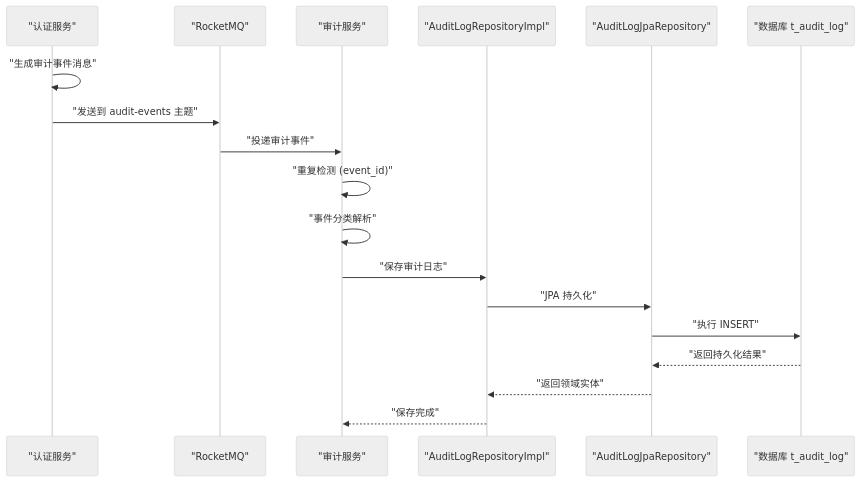
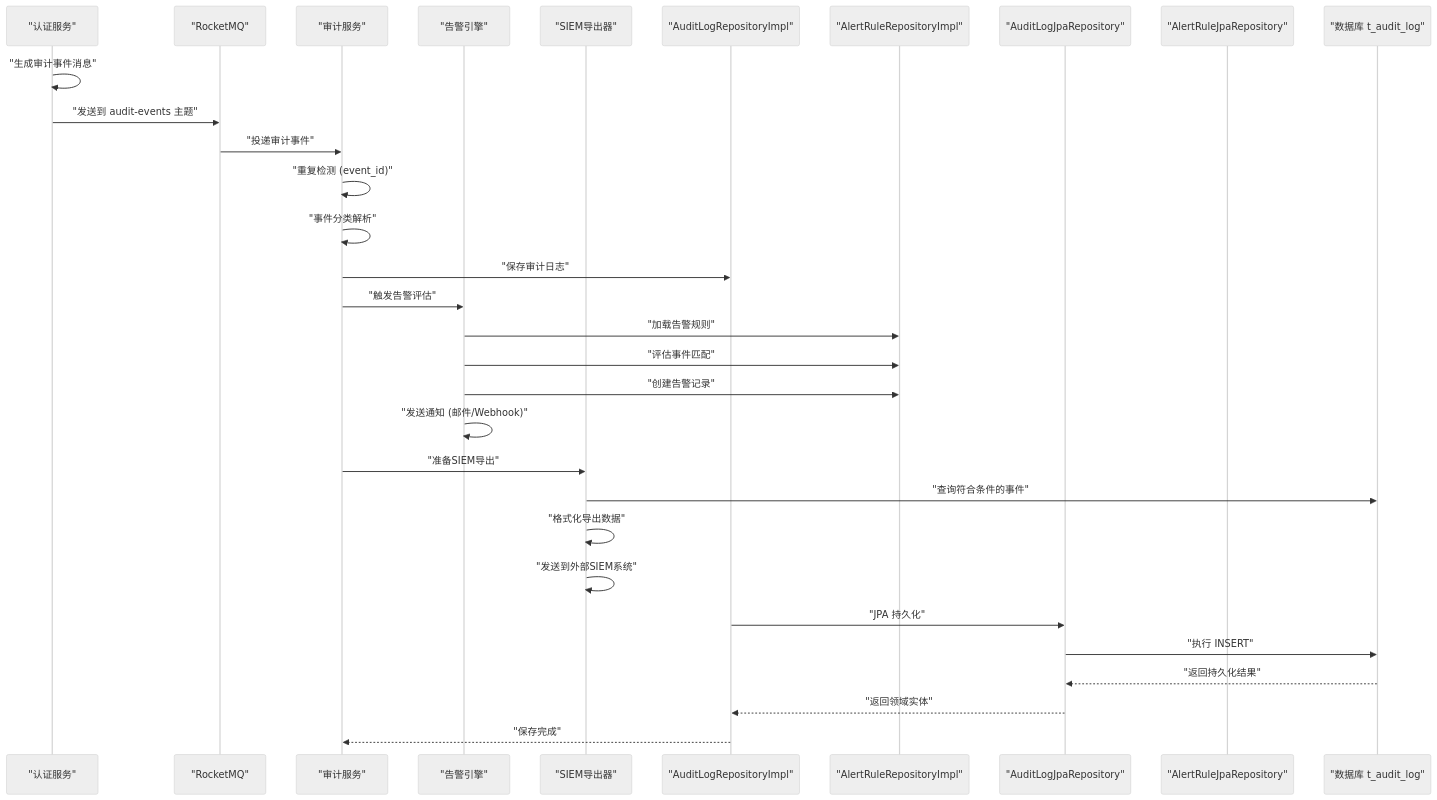
One commit to fq0121104930716/iam-platform changed the second of 12 diagrams in .qoder/repowiki/zh/content/数据库设计/数据库架构/审计日志表.md. Above: the diagram before and after it, drawn with Mermaid (neutral theme). The commit also changed other lines of this file and 46 other files, not shown here.

````diff
--- a/.qoder/repowiki/zh/content/数据库设计/数据库架构/审计日志表.md
+++ b/.qoder/repowiki/zh/content/数据库设计/数据库架构/审计日志表.md
@@ -183,20 +223,33 @@
 ```mermaid
 sequenceDiagram
 participant AuthSvc as "认证服务"
 participant MQ as "RocketMQ"
 participant AuditSvc as "审计服务"
+participant AlertEngine as "告警引擎"
+participant SIEM as "SIEM导出器"
 participant Repo as "AuditLogRepositoryImpl"
+participant AlertRepo as "AlertRuleRepositoryImpl"
 participant JRepo as "AuditLogJpaRepository"
+participant AlertJpa as "AlertRuleJpaRepository"
 participant DB as "数据库 t_audit_log"
 AuthSvc->>AuthSvc : "生成审计事件消息"
 AuthSvc->>MQ : "发送到 audit-events 主题"
 MQ->>AuditSvc : "投递审计事件"
 AuditSvc->>AuditSvc : "重复检测 (event_id)"
 AuditSvc->>AuditSvc : "事件分类解析"
 AuditSvc->>Repo : "保存审计日志"
+AuditSvc->>AlertEngine : "触发告警评估"
+AlertEngine->>AlertRepo : "加载告警规则"
+AlertEngine->>AlertRepo : "评估事件匹配"
+AlertEngine->>AlertRepo : "创建告警记录"
+AlertEngine->>AlertEngine : "发送通知 (邮件/Webhook)"
+AuditSvc->>SIEM : "准备SIEM导出"
+SIEM->>DB : "查询符合条件的事件"
+SIEM->>SIEM : "格式化导出数据"
+SIEM->>SIEM : "发送到外部SIEM系统"
 Repo->>JRepo : "JPA 持久化"
 JRepo->>DB : "执行 INSERT"
 DB-->>JRepo : "返回持久化结果"
 JRepo-->>Repo : "返回领域实体"
 Repo-->>AuditSvc : "保存完成"
 ```
````
